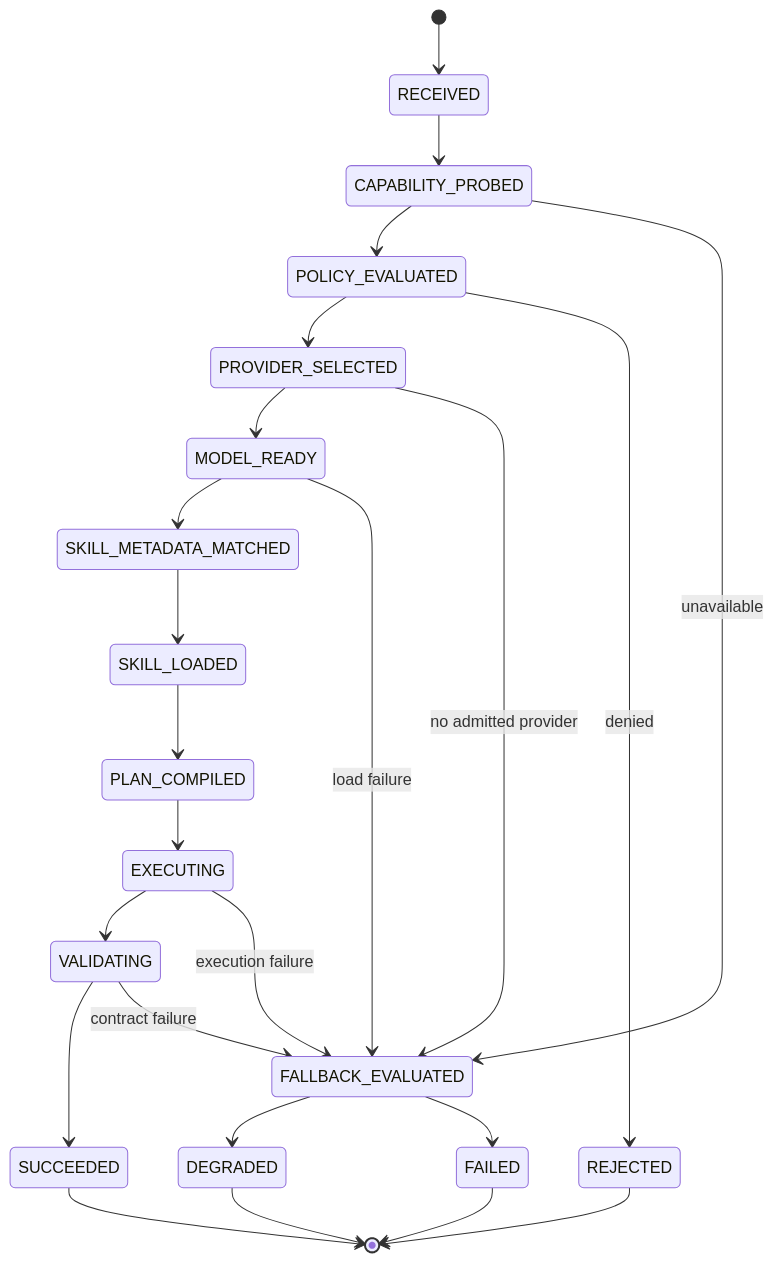
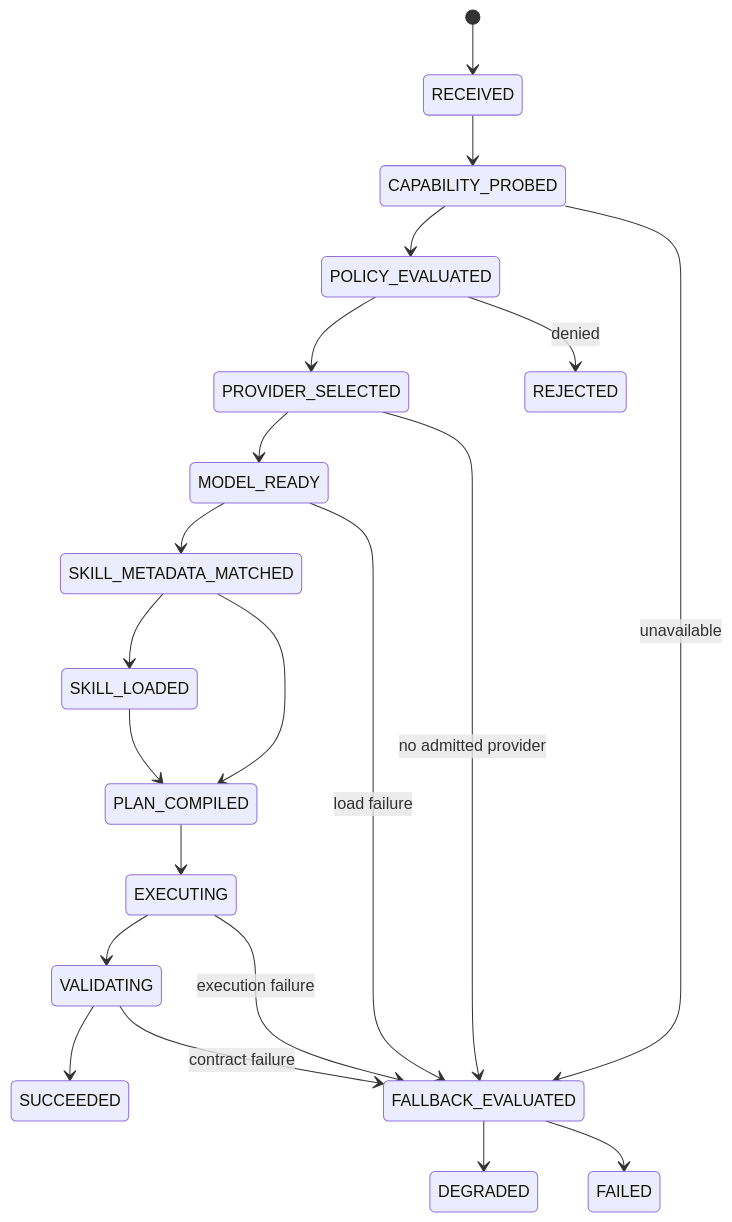
One commit to ed3c/ai-edge-tlm changed the first of 3 diagrams in README.md. Above: the diagram before and after it, drawn with Mermaid. The commit also changed other lines of this file and 5 other files, not shown here.

````diff
--- a/README.md
+++ b/README.md
@@ -33,28 +24,24 @@
 ```mermaid
 stateDiagram-v2
     [*] --> RECEIVED
     RECEIVED --> CAPABILITY_PROBED
     CAPABILITY_PROBED --> POLICY_EVALUATED
     POLICY_EVALUATED --> PROVIDER_SELECTED
     PROVIDER_SELECTED --> MODEL_READY
     MODEL_READY --> SKILL_METADATA_MATCHED
     SKILL_METADATA_MATCHED --> SKILL_LOADED
+    SKILL_METADATA_MATCHED --> PLAN_COMPILED
     SKILL_LOADED --> PLAN_COMPILED
     PLAN_COMPILED --> EXECUTING
     EXECUTING --> VALIDATING
     VALIDATING --> SUCCEEDED
 
     CAPABILITY_PROBED --> FALLBACK_EVALUATED: unavailable
     POLICY_EVALUATED --> REJECTED: denied
     PROVIDER_SELECTED --> FALLBACK_EVALUATED: no admitted provider
     MODEL_READY --> FALLBACK_EVALUATED: load failure
     EXECUTING --> FALLBACK_EVALUATED: execution failure
     VALIDATING --> FALLBACK_EVALUATED: contract failure
     FALLBACK_EVALUATED --> DEGRADED
     FALLBACK_EVALUATED --> FAILED
-
-    SUCCEEDED --> [*]
-    DEGRADED --> [*]
-    REJECTED --> [*]
-    FAILED --> [*]
 ```
````
